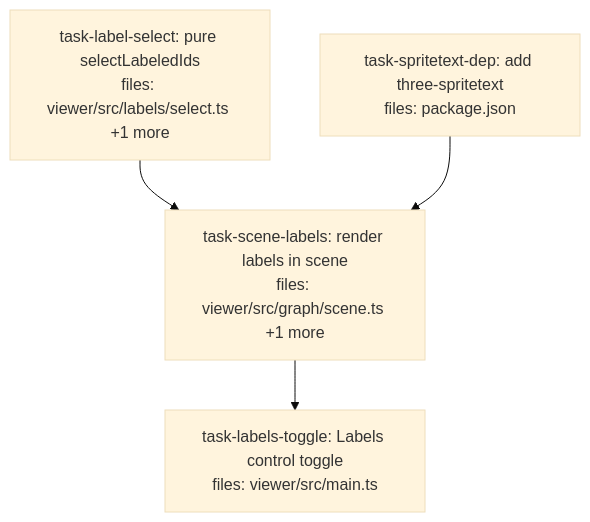
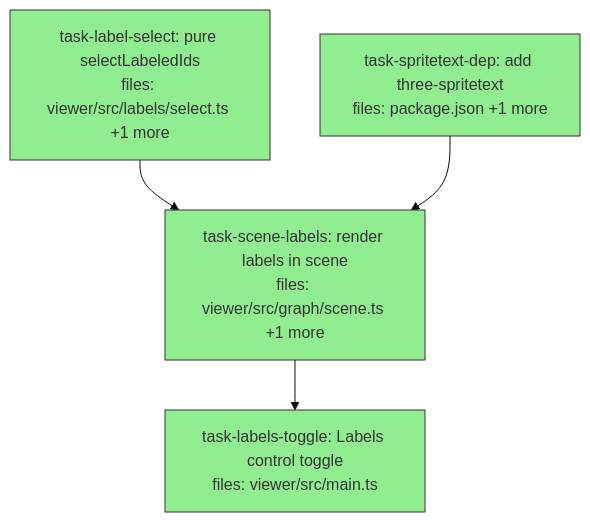
One commit to BrettNye/stoa changed the diagram in docs/superpowers/plans/2026-05-26-3d-graph-labels-dag.md. Above: the diagram before and after it, drawn with Mermaid (base theme). The commit also changed other lines of this file, not shown here.

First line of the commit message:
chore(plan): mark 3D graph labels DAG complete (all 4 tasks done)

````diff
--- a/docs/superpowers/plans/2026-05-26-3d-graph-labels-dag.md
+++ b/docs/superpowers/plans/2026-05-26-3d-graph-labels-dag.md
@@ -6,17 +6,17 @@
 ```mermaid
 flowchart TD
-    task-label-select["task-label-select: pure selectLabeledIds<br/>files: viewer/src/labels/select.ts +1 more"]
-    task-spritetext-dep["task-spritetext-dep: add three-spritetext<br/>files: package.json"]
-    task-scene-labels["task-scene-labels: render labels in scene<br/>files: viewer/src/graph/scene.ts +1 more"]
-    task-labels-toggle["task-labels-toggle: Labels control toggle<br/>files: viewer/src/main.ts"]
+    task-label-select["task-label-select: pure selectLabeledIds<br/>files: viewer/src/labels/select.ts +1 more"]:::done
+    task-spritetext-dep["task-spritetext-dep: add three-spritetext<br/>files: package.json +1 more"]:::done
+    task-scene-labels["task-scene-labels: render labels in scene<br/>files: viewer/src/graph/scene.ts +1 more"]:::done
+    task-labels-toggle["task-labels-toggle: Labels control toggle<br/>files: viewer/src/main.ts"]:::done
 
     task-label-select --> task-scene-labels
     task-spritetext-dep --> task-scene-labels
     task-scene-labels --> task-labels-toggle
 
     classDef done fill:#90ee90,stroke:#333
     classDef ready fill:#fffacd,stroke:#333
     classDef running fill:#87ceeb,stroke:#333
     classDef failed fill:#ffb6c1,stroke:#333
     classDef skipped fill:#d3d3d3,stroke:#333,stroke-dasharray: 5 5
 ```
````
